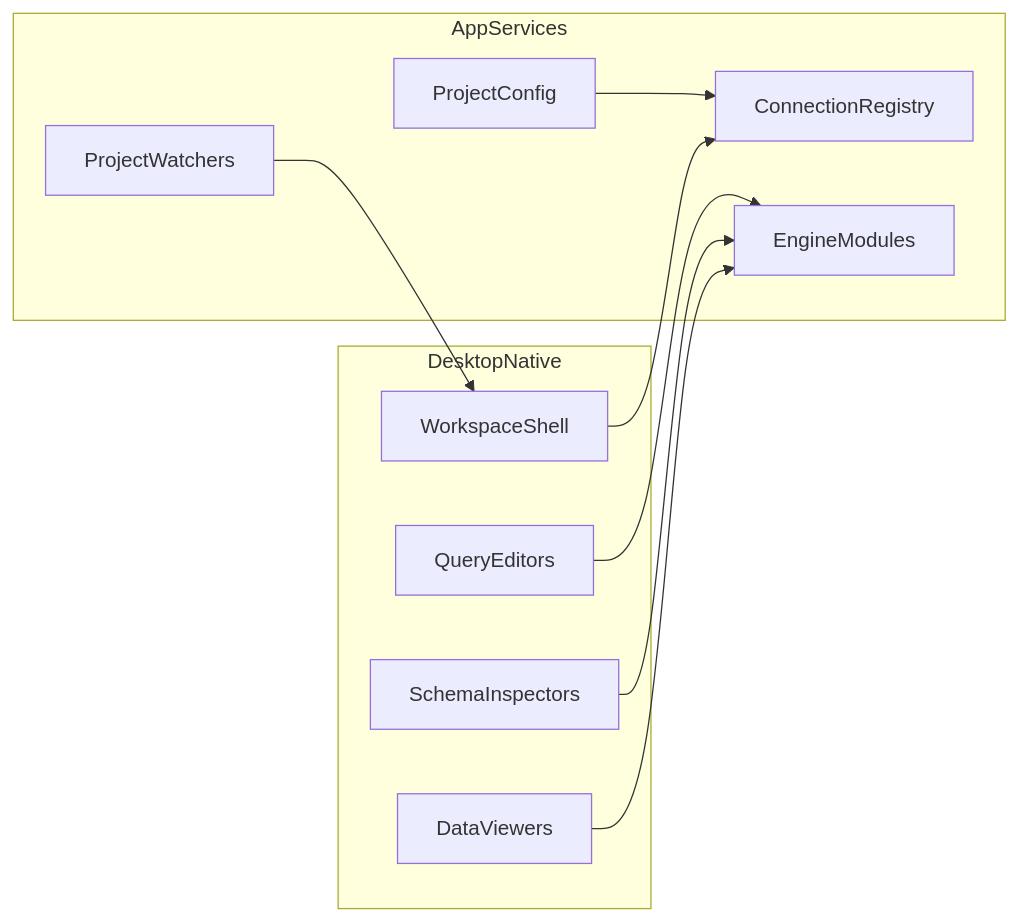
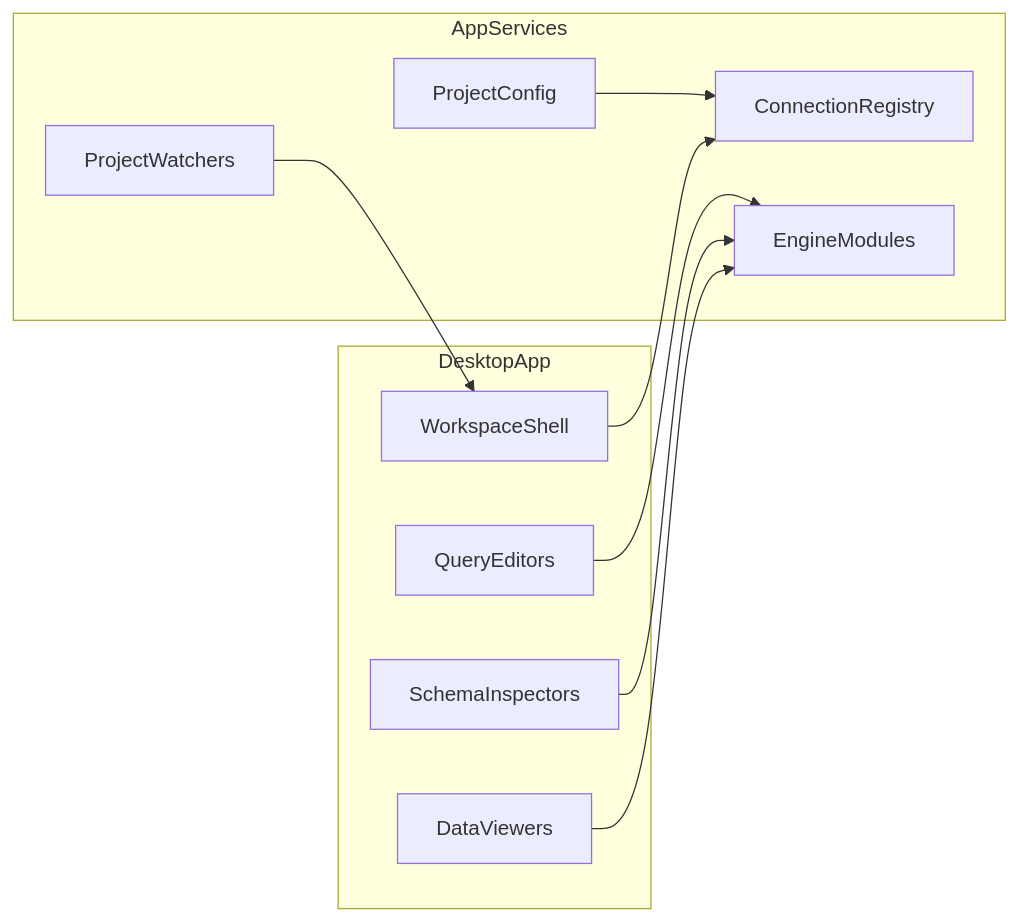
The diagram in ARCHITECTURE.md (pavi2410/based), drawn with Mermaid before and after one commit. The commit also changed other lines of this file and 78 other files, not shown here.

First line of the commit message:
refactor: rename desktop-native to desktop

````diff
--- a/ARCHITECTURE.md
+++ b/ARCHITECTURE.md
@@ -25,23 +25,23 @@
 ```mermaid
 flowchart LR
-  subgraph nativeClient [DesktopNative]
+  subgraph nativeClient [DesktopApp]
     Workspace[WorkspaceShell]
     Editors[QueryEditors]
     Inspectors[SchemaInspectors]
     DataViewers[DataViewers]
   end
 
   subgraph services [AppServices]
     Config[ProjectConfig]
     ConnRegistry[ConnectionRegistry]
     EngineLayer[EngineModules]
     Watchers[ProjectWatchers]
   end
 
   Workspace --> ConnRegistry
   Editors --> EngineLayer
   Inspectors --> EngineLayer
   DataViewers --> EngineLayer
   Config --> ConnRegistry
   Watchers --> Workspace
 ```
````
